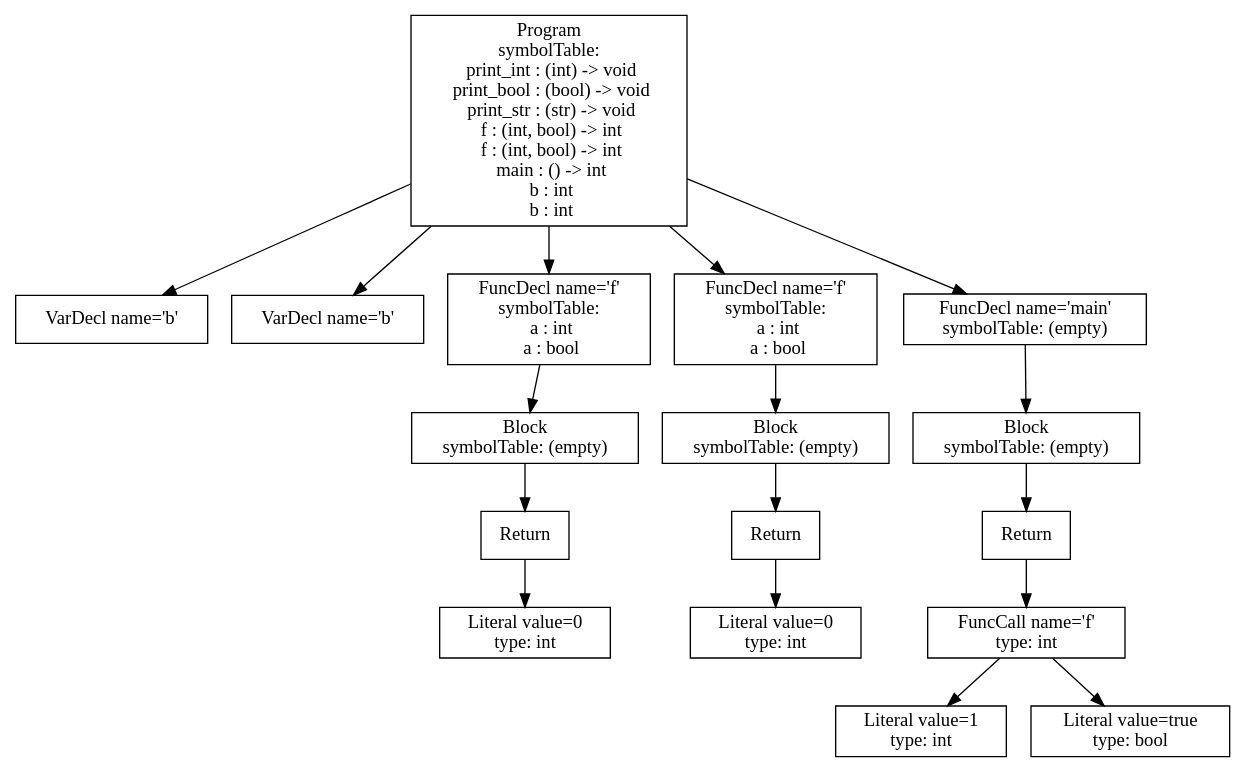
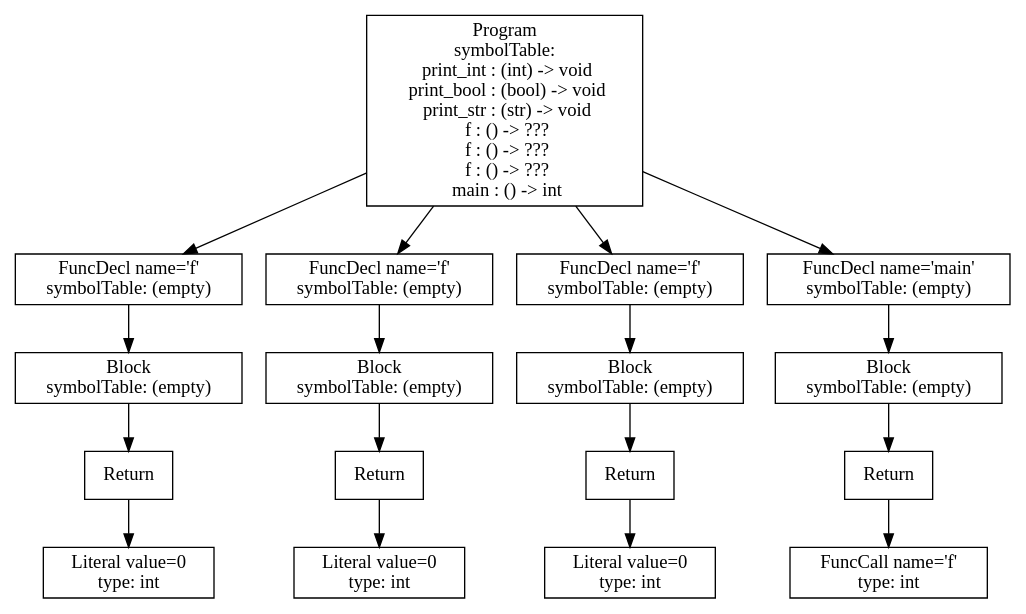
The diagram in p3-analysis/tree.dot (purejerome/cs432_project), drawn with Graphviz before and after one commit. The commit also changed 7 other files, not shown here.

```diff
--- a/p3-analysis/tree.dot
+++ b/p3-analysis/tree.dot
@@ -1,35 +1,35 @@
 digraph AST {
-1 [shape=box, label="VarDecl name='b'"];
-2 [shape=box, label="VarDecl name='b'"];
-6 [shape=box, label="Literal value=0\ntype: int"];
-5 [shape=box, label="Return"];
+4 [shape=box, label="Literal value=0\ntype: int"];
+3 [shape=box, label="Return"];
+3 -> 4;
+2 [shape=box, label="Block\nsymbolTable: (empty)"];
+2 -> 3;
+1 [shape=box, label="FuncDecl name='f'\nsymbolTable: (empty)"];
+1 -> 2;
+8 [shape=box, label="Literal value=0\ntype: int"];
+7 [shape=box, label="Return"];
+7 -> 8;
+6 [shape=box, label="Block\nsymbolTable: (empty)"];
+6 -> 7;
+5 [shape=box, label="FuncDecl name='f'\nsymbolTable: (empty)"];
 5 -> 6;
-4 [shape=box, label="Block\nsymbolTable: (empty)"];
-4 -> 5;
-3 [shape=box, label="FuncDecl name='f'\nsymbolTable: \n  a : int\n  a : bool"];
-3 -> 4;
-10 [shape=box, label="Literal value=0\ntype: int"];
-9 [shape=box, label="Return"];
+12 [shape=box, label="Literal value=0\ntype: int"];
+11 [shape=box, label="Return"];
+11 -> 12;
+10 [shape=box, label="Block\nsymbolTable: (empty)"];
+10 -> 11;
+9 [shape=box, label="FuncDecl name='f'\nsymbolTable: (empty)"];
 9 -> 10;
-8 [shape=box, label="Block\nsymbolTable: (empty)"];
-8 -> 9;
-7 [shape=box, label="FuncDecl name='f'\nsymbolTable: \n  a : int\n  a : bool"];
-7 -> 8;
-15 [shape=box, label="Literal value=1\ntype: int"];
-16 [shape=box, label="Literal value=true\ntype: bool"];
-14 [shape=box, label="FuncCall name='f'\ntype: int"];
+16 [shape=box, label="FuncCall name='f'\ntype: int"];
+15 [shape=box, label="Return"];
+15 -> 16;
+14 [shape=box, label="Block\nsymbolTable: (empty)"];
 14 -> 15;
-14 -> 16;
-13 [shape=box, label="Return"];
+13 [shape=box, label="FuncDecl name='main'\nsymbolTable: (empty)"];
 13 -> 14;
-12 [shape=box, label="Block\nsymbolTable: (empty)"];
-12 -> 13;
-11 [shape=box, label="FuncDecl name='main'\nsymbolTable: (empty)"];
-11 -> 12;
-0 [shape=box, label="Program\nsymbolTable: \n  print_int : (int) -> void\n  print_bool : (bool) -> void\n  print_str : (str) -> void\n  f : (int, bool) -> int\n  f : (int, bool) -> int\n  main : () -> int\n  b : int\n  b : int"];
+0 [shape=box, label="Program\nsymbolTable: \n  print_int : (int) -> void\n  print_bool : (bool) -> void\n  print_str : (str) -> void\n  f : () -> ???\n  f : () -> ???\n  f : () -> ???\n  main : () -> int"];
 0 -> 1;
-0 -> 2;
-0 -> 3;
-0 -> 7;
-0 -> 11;
+0 -> 5;
+0 -> 9;
+0 -> 13;
 }
```
